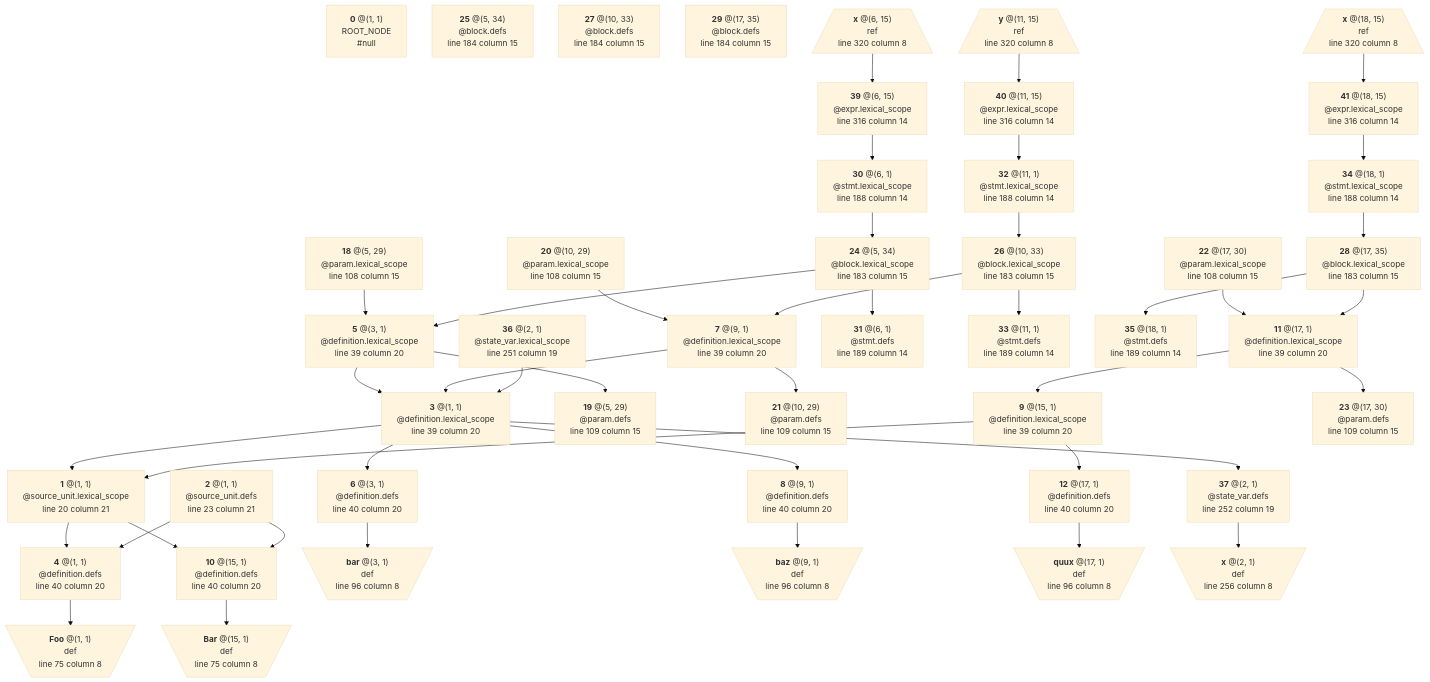
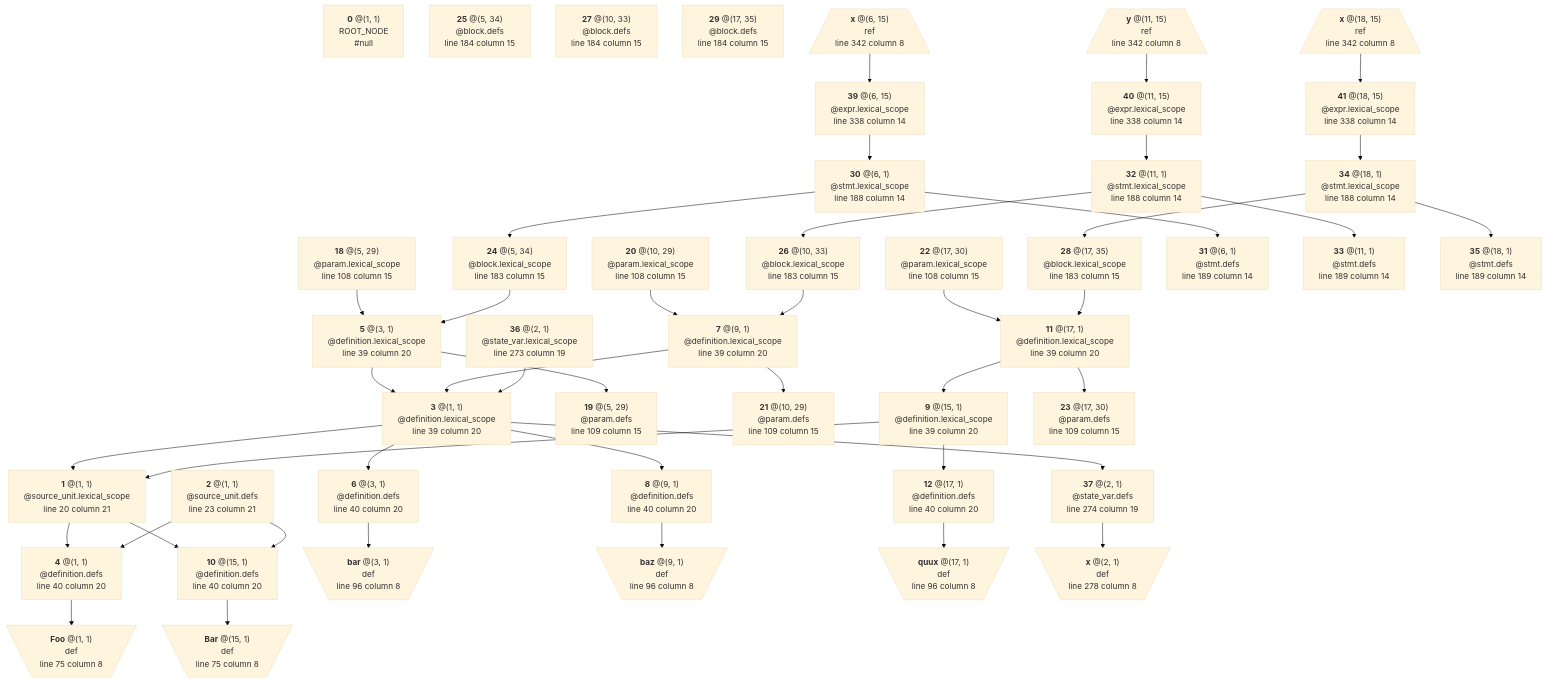
Before and after one commit to manastech/slang: the diagram in crates/solidity/testing/snapshots/bindings_output/lexical/generated/state_vars.sol.mmd, drawn with Mermaid (base theme). The commit also changed 7 other files, not shown here.

```diff
--- a/crates/solidity/testing/snapshots/bindings_output/lexical/generated/state_vars.sol.mmd
+++ b/crates/solidity/testing/snapshots/bindings_output/lexical/generated/state_vars.sol.mmd
@@ -1,177 +1,177 @@
 graph TD
 	N0["`**0** @(1, 1)
 ROOT_NODE
 #null`"]
 	N1["`**1** @(1, 1)
 @source_unit.lexical_scope
 line 20 column 21`"]
 	N1 --> N4
 	N1 --> N10
 	N2["`**2** @(1, 1)
 @source_unit.defs
 line 23 column 21`"]
 	N2 --> N4
 	N2 --> N10
 	N3["`**3** @(1, 1)
 @definition.lexical_scope
 line 39 column 20`"]
 	N3 --> N1
 	N3 --> N6
 	N3 --> N8
 	N3 --> N37
 	N4["`**4** @(1, 1)
 @definition.defs
 line 40 column 20`"]
 	N4 --> N13
 	N5["`**5** @(3, 1)
 @definition.lexical_scope
 line 39 column 20`"]
 	N5 --> N3
 	N5 --> N19
 	N6["`**6** @(3, 1)
 @definition.defs
 line 40 column 20`"]
 	N6 --> N15
 	N7["`**7** @(9, 1)
 @definition.lexical_scope
 line 39 column 20`"]
 	N7 --> N3
 	N7 --> N21
 	N8["`**8** @(9, 1)
 @definition.defs
 line 40 column 20`"]
 	N8 --> N16
 	N9["`**9** @(15, 1)
 @definition.lexical_scope
 line 39 column 20`"]
 	N9 --> N1
 	N9 --> N12
 	N10["`**10** @(15, 1)
 @definition.defs
 line 40 column 20`"]
 	N10 --> N14
 	N11["`**11** @(17, 1)
 @definition.lexical_scope
 line 39 column 20`"]
 	N11 --> N9
 	N11 --> N23
 	N12["`**12** @(17, 1)
 @definition.defs
 line 40 column 20`"]
 	N12 --> N17
 	N13[\"`**Foo** @(1, 1)
 def
 line 75 column 8`"/]
 	N14[\"`**Bar** @(15, 1)
 def
 line 75 column 8`"/]
 	N15[\"`**bar** @(3, 1)
 def
 line 96 column 8`"/]
 	N16[\"`**baz** @(9, 1)
 def
 line 96 column 8`"/]
 	N17[\"`**quux** @(17, 1)
 def
 line 96 column 8`"/]
 	N18["`**18** @(5, 29)
 @param.lexical_scope
 line 108 column 15`"]
 	N18 --> N5
 	N19["`**19** @(5, 29)
 @param.defs
 line 109 column 15`"]
 	N20["`**20** @(10, 29)
 @param.lexical_scope
 line 108 column 15`"]
 	N20 --> N7
 	N21["`**21** @(10, 29)
 @param.defs
 line 109 column 15`"]
 	N22["`**22** @(17, 30)
 @param.lexical_scope
 line 108 column 15`"]
 	N22 --> N11
 	N23["`**23** @(17, 30)
 @param.defs
 line 109 column 15`"]
 	N24["`**24** @(5, 34)
 @block.lexical_scope
 line 183 column 15`"]
 	N24 --> N5
-	N24 --> N31
 	N25["`**25** @(5, 34)
 @block.defs
 line 184 column 15`"]
 	N26["`**26** @(10, 33)
 @block.lexical_scope
 line 183 column 15`"]
 	N26 --> N7
-	N26 --> N33
 	N27["`**27** @(10, 33)
 @block.defs
 line 184 column 15`"]
 	N28["`**28** @(17, 35)
 @block.lexical_scope
 line 183 column 15`"]
 	N28 --> N11
-	N28 --> N35
 	N29["`**29** @(17, 35)
 @block.defs
 line 184 column 15`"]
 	N30["`**30** @(6, 1)
 @stmt.lexical_scope
 line 188 column 14`"]
 	N30 --> N24
+	N30 --> N31
 	N31["`**31** @(6, 1)
 @stmt.defs
 line 189 column 14`"]
 	N32["`**32** @(11, 1)
 @stmt.lexical_scope
 line 188 column 14`"]
 	N32 --> N26
+	N32 --> N33
 	N33["`**33** @(11, 1)
 @stmt.defs
 line 189 column 14`"]
 	N34["`**34** @(18, 1)
 @stmt.lexical_scope
 line 188 column 14`"]
 	N34 --> N28
+	N34 --> N35
 	N35["`**35** @(18, 1)
 @stmt.defs
 line 189 column 14`"]
 	N36["`**36** @(2, 1)
 @state_var.lexical_scope
-line 251 column 19`"]
+line 273 column 19`"]
 	N36 --> N3
 	N37["`**37** @(2, 1)
 @state_var.defs
-line 252 column 19`"]
+line 274 column 19`"]
 	N37 --> N38
 	N38[\"`**x** @(2, 1)
 def
-line 256 column 8`"/]
+line 278 column 8`"/]
 	N39["`**39** @(6, 15)
 @expr.lexical_scope
-line 316 column 14`"]
+line 338 column 14`"]
 	N39 --> N30
 	N40["`**40** @(11, 15)
 @expr.lexical_scope
-line 316 column 14`"]
+line 338 column 14`"]
 	N40 --> N32
 	N41["`**41** @(18, 15)
 @expr.lexical_scope
-line 316 column 14`"]
+line 338 column 14`"]
 	N41 --> N34
 	N42[/"`**x** @(6, 15)
 ref
-line 320 column 8`"\]
+line 342 column 8`"\]
 	N42 --> N39
 	N43[/"`**y** @(11, 15)
 ref
-line 320 column 8`"\]
+line 342 column 8`"\]
 	N43 --> N40
 	N44[/"`**x** @(18, 15)
 ref
-line 320 column 8`"\]
+line 342 column 8`"\]
 	N44 --> N41
```
